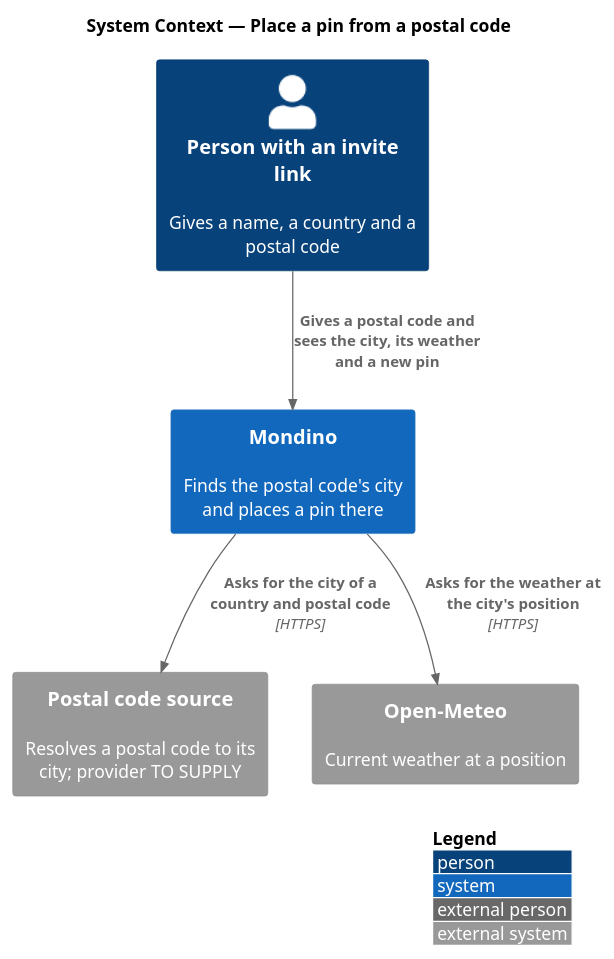
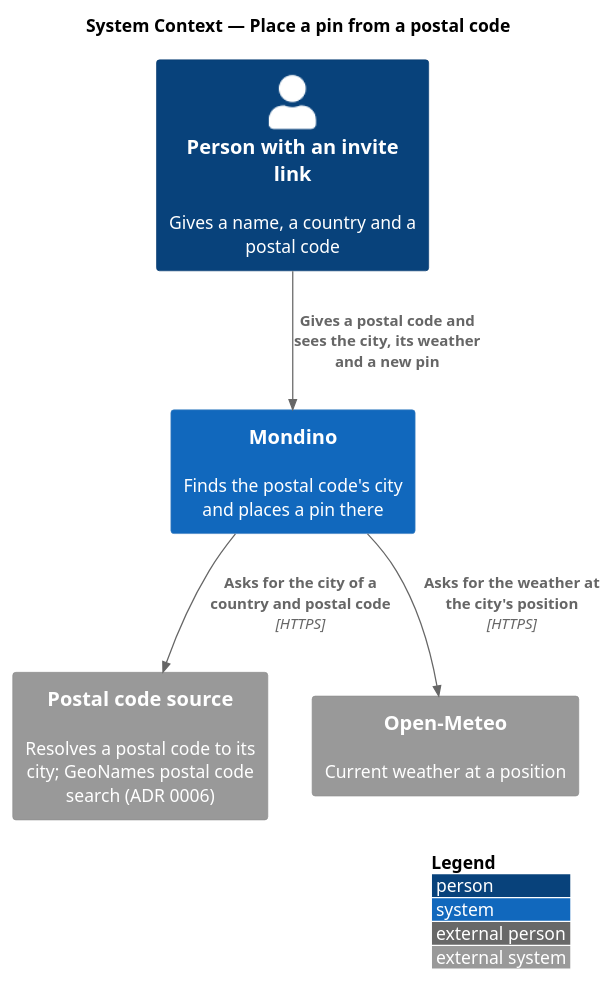
Before and after one commit to QuinntyneBrown/Mondino: the diagram in docs/detailed-designs/joining/place-pin-from-postal-code/diagrams/c4-context.puml, drawn with PlantUML. The commit also changed 36 other files, not shown here.

First line of the commit message:
Draw the city list, choose GeoNames as the postal code source and settle the lookup's open points

```diff
--- a/docs/detailed-designs/joining/place-pin-from-postal-code/diagrams/c4-context.puml
+++ b/docs/detailed-designs/joining/place-pin-from-postal-code/diagrams/c4-context.puml
@@ -1,14 +1,14 @@
 @startuml
 !include <C4/C4_Context>
 LAYOUT_WITH_LEGEND()
 title System Context — Place a pin from a postal code
 
 Person(person, "Person with an invite link", "Gives a name, a country and a postal code")
 System(mondino, "Mondino", "Finds the postal code's city and places a pin there")
-System_Ext(postal, "Postal code source", "Resolves a postal code to its city; provider TO SUPPLY")
+System_Ext(postal, "Postal code source", "Resolves a postal code to its city; GeoNames postal code search (ADR 0006)")
 System_Ext(meteo, "Open-Meteo", "Current weather at a position")
 
 Rel(person, mondino, "Gives a postal code and sees the city, its weather and a new pin")
 Rel(mondino, postal, "Asks for the city of a country and postal code", "HTTPS")
 Rel(mondino, meteo, "Asks for the weather at the city's position", "HTTPS")
 @enduml
```
